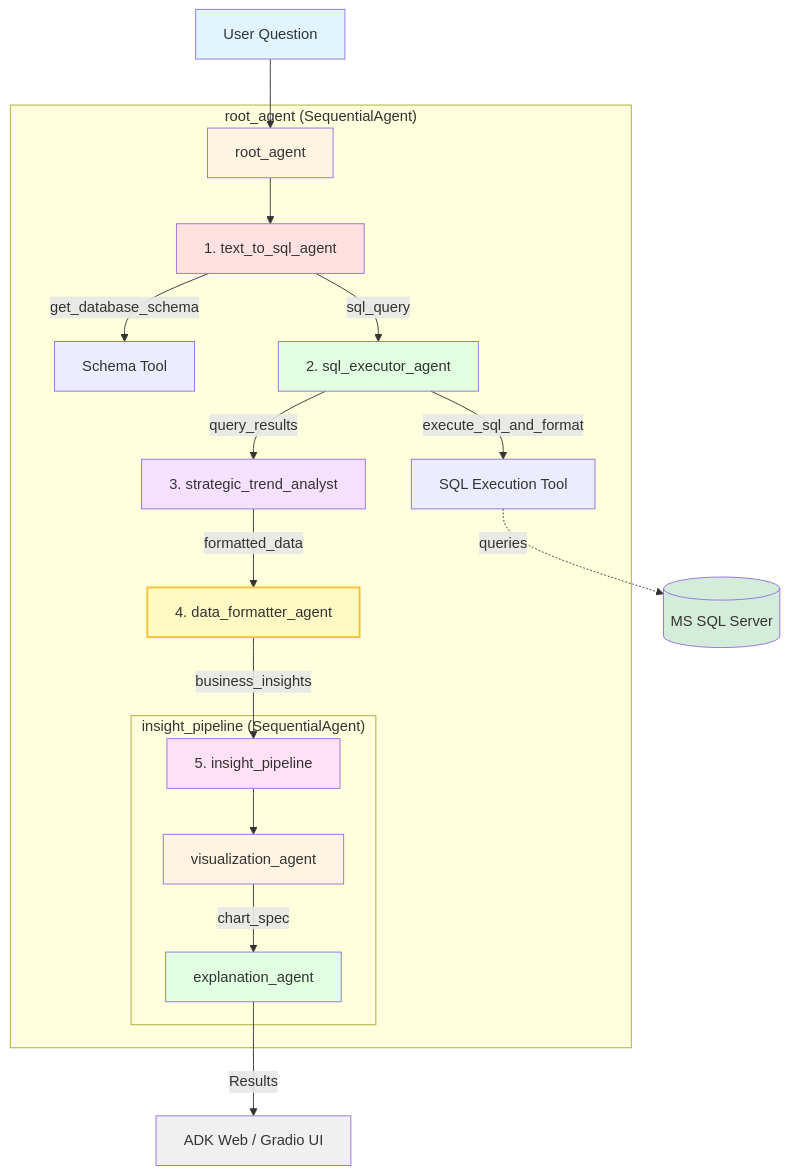
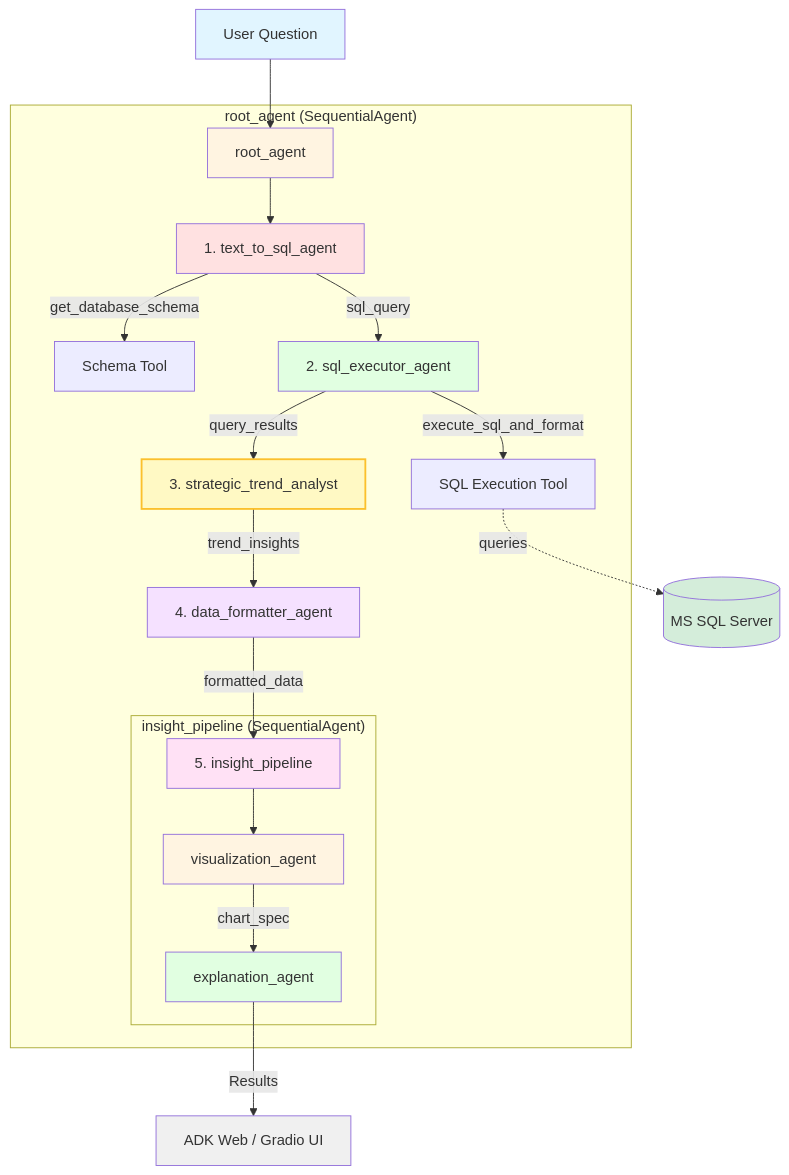
Before and after one commit to dewdew978/GBI-BI-Agent: the diagram in README.md, drawn with Mermaid.

Commit message:
Fix diagram labels: query_results, trend_insights, formatted_data

````diff
--- a/README.md
+++ b/README.md
@@ -10,36 +10,36 @@
 ```mermaid
 graph TB
     A[User Question] --> B[root_agent]
 
     subgraph "root_agent (SequentialAgent)"
         B --> C[1. text_to_sql_agent]
         C -->|get_database_schema| C1[Schema Tool]
         C -->|sql_query| D[2. sql_executor_agent]
         D -->|execute_sql_and_format| D1[SQL Execution Tool]
+        
+        %% ปรับชื่อเส้นให้ตรงตามข้อมูลที่ส่งออกจริง
         D -->|query_results| E[3. strategic_trend_analyst]
-        
-        
-        E -->|formatted_data| STA[4. data_formatter_agent]
-        STA -->|business_insights| F[5. insight_pipeline]
+        E -->|trend_insights| STA[4. data_formatter_agent]
+        STA -->|formatted_data| F[5. insight_pipeline]
 
         subgraph "insight_pipeline (SequentialAgent)"
             F --> G[visualization_agent]
             G -->|chart_spec| H[explanation_agent]
         end
     end
 
     H -->|Results| I[ADK Web / Gradio UI]
     D1 -.->|queries| J[(MS SQL Server)]
 
     style A fill:#e1f5ff
     style B fill:#fff4e1
     style C fill:#ffe1e1
     style D fill:#e1ffe1
-    style E fill:#f5e1ff
-    style STA fill:#fff9c4,stroke:#fbc02d,stroke-width:2px
+    style E fill:#fff9c4,stroke:#fbc02d,stroke-width:2px
+    style STA fill:#f5e1ff
     style F fill:#ffe1f5
     style G fill:#fff4e1
     style H fill:#e1ffe1
     style I fill:#f0f0f0
     style J fill:#d4edda
 ```
````
